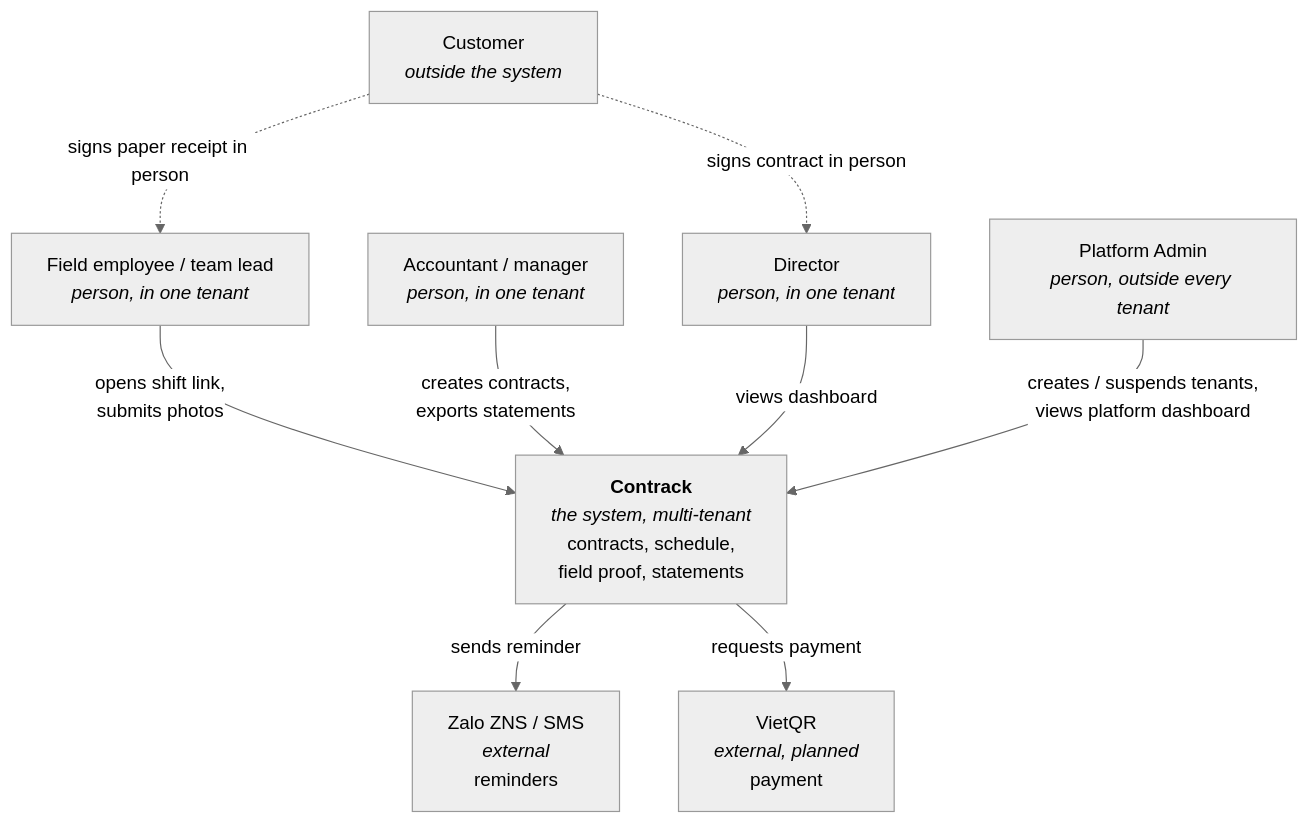
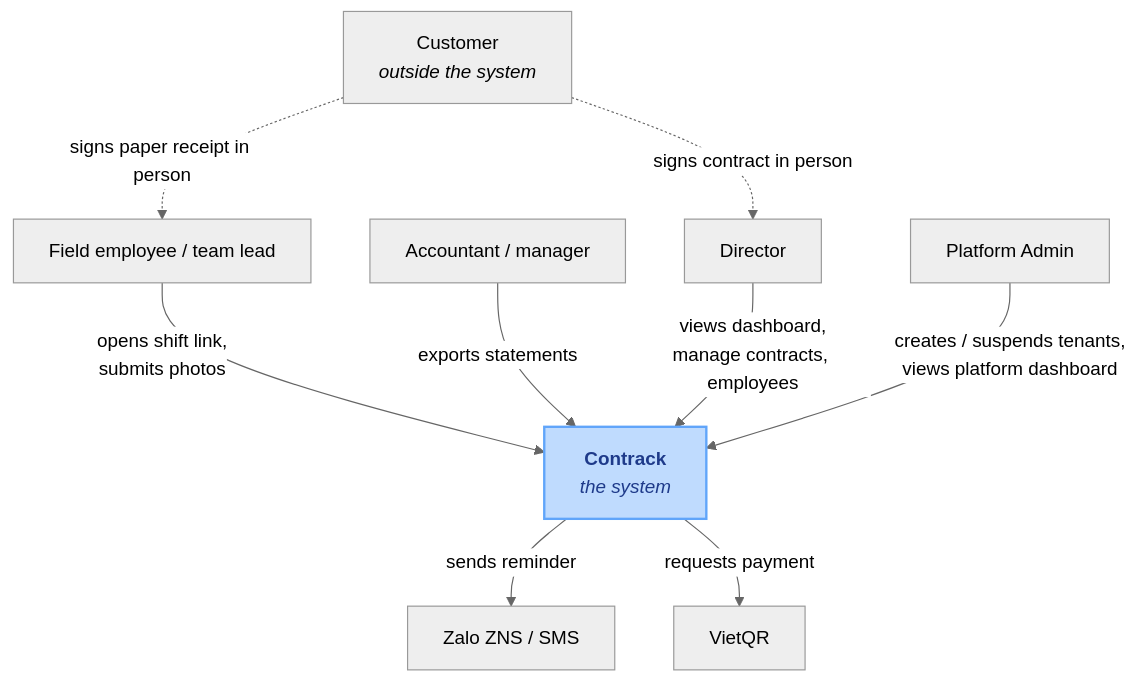
The first of 4 diagrams in docs/03-architecture.md (dDxCg/contrack), drawn with Mermaid (neutral theme) before and after one commit. The commit also changed other lines of this file and 25 other files, not shown here.

Commit message:
resolve docs drift between erd, api and requirements, update repo layout. Fix employee hard delete to soft delete that match with requirements

````diff
--- a/docs/03-architecture.md
+++ b/docs/03-architecture.md
@@ -67,23 +56,25 @@
 ```mermaid
 flowchart TB
     customer["Customer<br/><i>outside the system</i>"]
-    employee["Field employee / team lead<br/><i>person, in one tenant</i>"]
-    accountant["Accountant / manager<br/><i>person, in one tenant</i>"]
-    director["Director<br/><i>person, in one tenant</i>"]
-    platformadmin["Platform Admin<br/><i>person, outside every tenant</i>"]
+    employee["Field employee / team lead"]
+    accountant["Accountant / manager"]
+    director["Director"]
+    platformadmin["Platform Admin"]
 
-    contrack["<b>Contrack</b><br/><i>the system, multi-tenant</i><br/>contracts, schedule,<br/>field proof, statements"]
+    contrack["<b>Contrack</b><br/><i>the system</i>"]:::system
 
-    zalo["Zalo ZNS / SMS<br/><i>external</i><br/>reminders"]
-    vietqr["VietQR<br/><i>external, planned</i><br/>payment"]
+    zalo["Zalo ZNS / SMS"]
+    vietqr["VietQR"]
 
     customer -.->|"signs contract in person"| director
     customer -.->|"signs paper receipt in person"| employee
     employee -->|"opens shift link,<br/>submits photos"| contrack
-    accountant -->|"creates contracts,<br/>exports statements"| contrack
-    director -->|"views dashboard"| contrack
+    accountant -->|"exports statements"| contrack
+    director -->|"views dashboard,<br/>manage contracts, employees"| contrack
     platformadmin -->|"creates / suspends tenants,<br/>views platform dashboard"| contrack
 
     contrack -->|"sends reminder"| zalo
     contrack -->|"requests payment"| vietqr
+
+    classDef system fill:#bfdbfe,color:#1e3a8a,stroke:#60a5fa,stroke-width:2px
 ```
````
